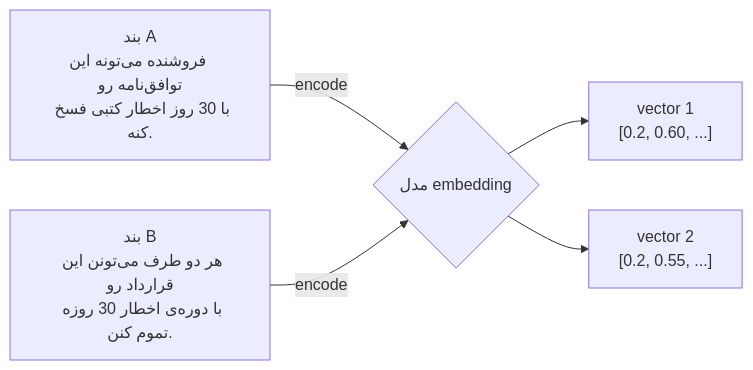
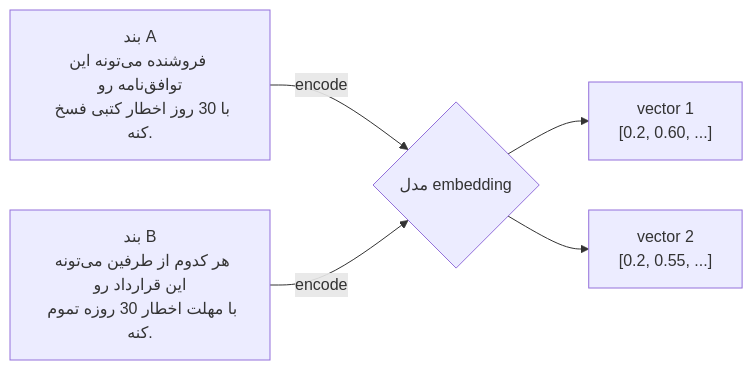
One commit to lokumai/ai-engineering-bazaar changed the third of 5 diagrams in mini-courses/1_fundamentals/rag_fa.md. Above: the diagram before and after it, drawn with Mermaid. The commit also changed other lines of this file and 82 other files, not shown here.

````diff
--- a/mini-courses/1_fundamentals/rag_fa.md
+++ b/mini-courses/1_fundamentals/rag_fa.md
@@ -80,7 +84,7 @@
 ```mermaid
 graph LR
     A["بند A<br/>فروشنده می‌تونه این توافق‌نامه رو<br/>با 30 روز اخطار کتبی فسخ کنه."] -->|encode| M{مدل embedding}
-    B["بند B<br/>هر دو طرف می‌تونن این قرارداد رو<br/>با دوره‌ی اخطار 30 روزه تموم کنن."] -->|encode| M
+    B["بند B<br/>هر کدوم از طرفین می‌تونه این قرارداد رو<br/>با مهلت اخطار 30 روزه تموم کنه."] -->|encode| M
     M --> V1["vector 1<br/>[0.2, 0.60, ...]"]
     M --> V2["vector 2<br/>[0.2, 0.55, ...]"]
 ```
````
